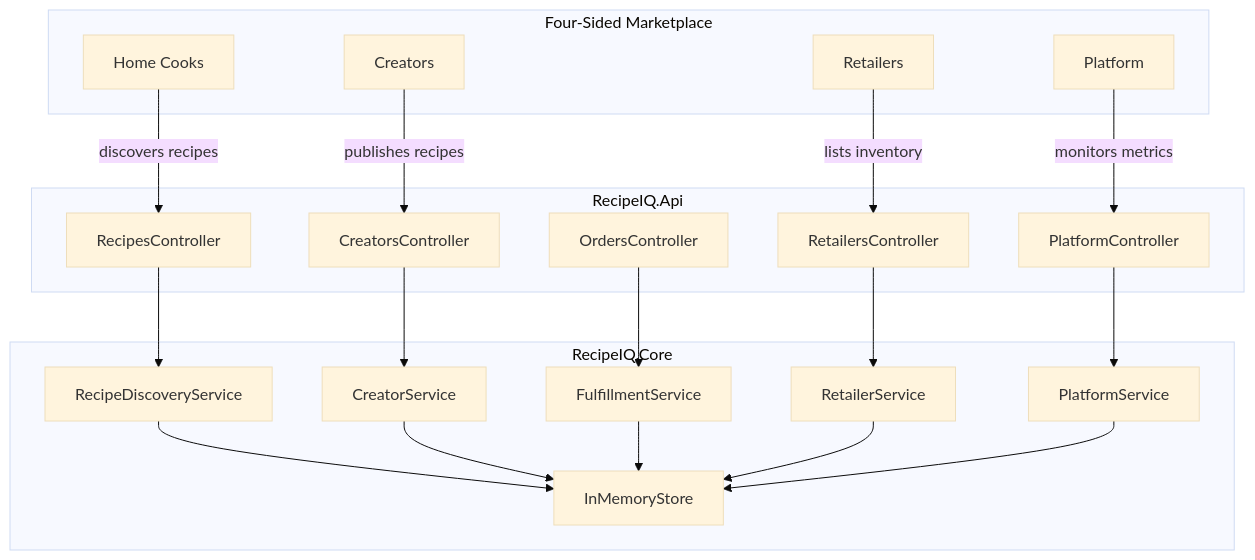
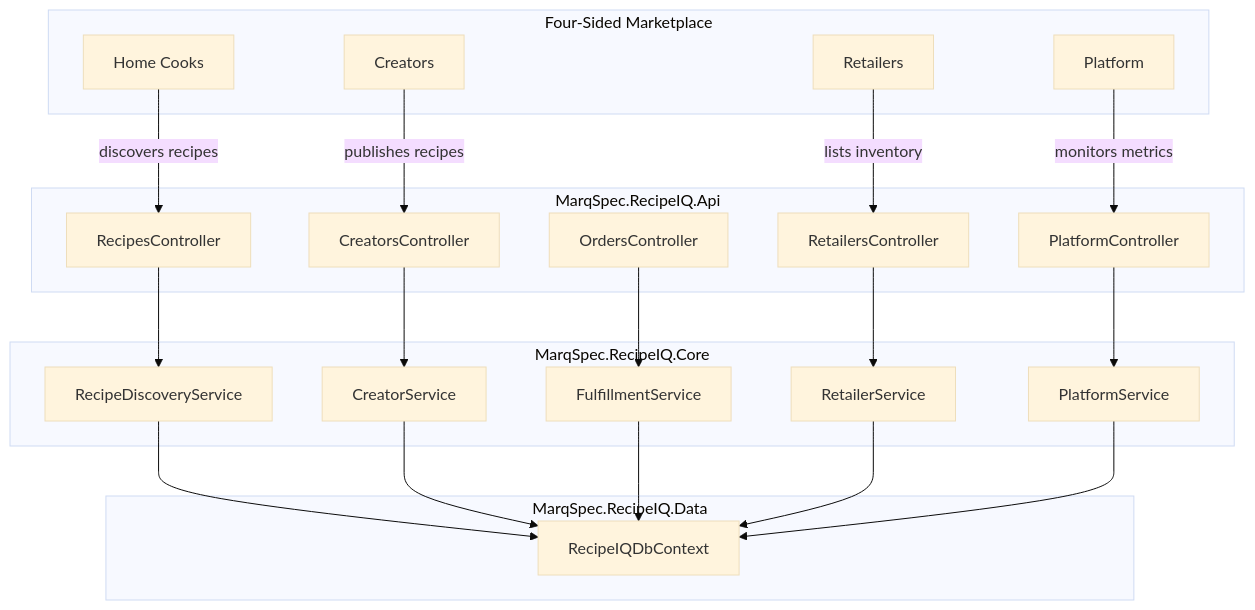
The diagram in CLAUDE.md (adammarquette/RecipeIQ), drawn with Mermaid (base theme) before and after one commit. The commit also changed other lines of this file and 53 other files, not shown here.

````diff
--- a/CLAUDE.md
+++ b/CLAUDE.md
@@ -39,39 +42,42 @@
 ```mermaid
 graph TB
     subgraph Marketplace["Four-Sided Marketplace"]
         HC[Home Cooks]
         CR[Creators]
         RT[Retailers]
         PL[Platform]
     end
 
-    subgraph API["RecipeIQ.Api"]
+    subgraph API["MarqSpec.RecipeIQ.Api"]
         RC[RecipesController]
         CC[CreatorsController]
         OC[OrdersController]
         RtC[RetailersController]
         PC[PlatformController]
     end
 
-    subgraph Core["RecipeIQ.Core"]
+    subgraph Core["MarqSpec.RecipeIQ.Core"]
         RDS[RecipeDiscoveryService]
         CS[CreatorService]
         FS[FulfillmentService]
         RS[RetailerService]
         PS[PlatformService]
-        Store[InMemoryStore]
+    end
+
+    subgraph Data["MarqSpec.RecipeIQ.Data"]
+        Store[RecipeIQDbContext]
     end
 
     HC -->|discovers recipes| RC
     CR -->|publishes recipes| CC
     RT -->|lists inventory| RtC
     PL -->|monitors metrics| PC
 
     RC --> RDS
     CC --> CS
     OC --> FS
     RtC --> RS
     PC --> PS
 
     RDS & CS & FS & RS & PS --> Store
 ```
````
